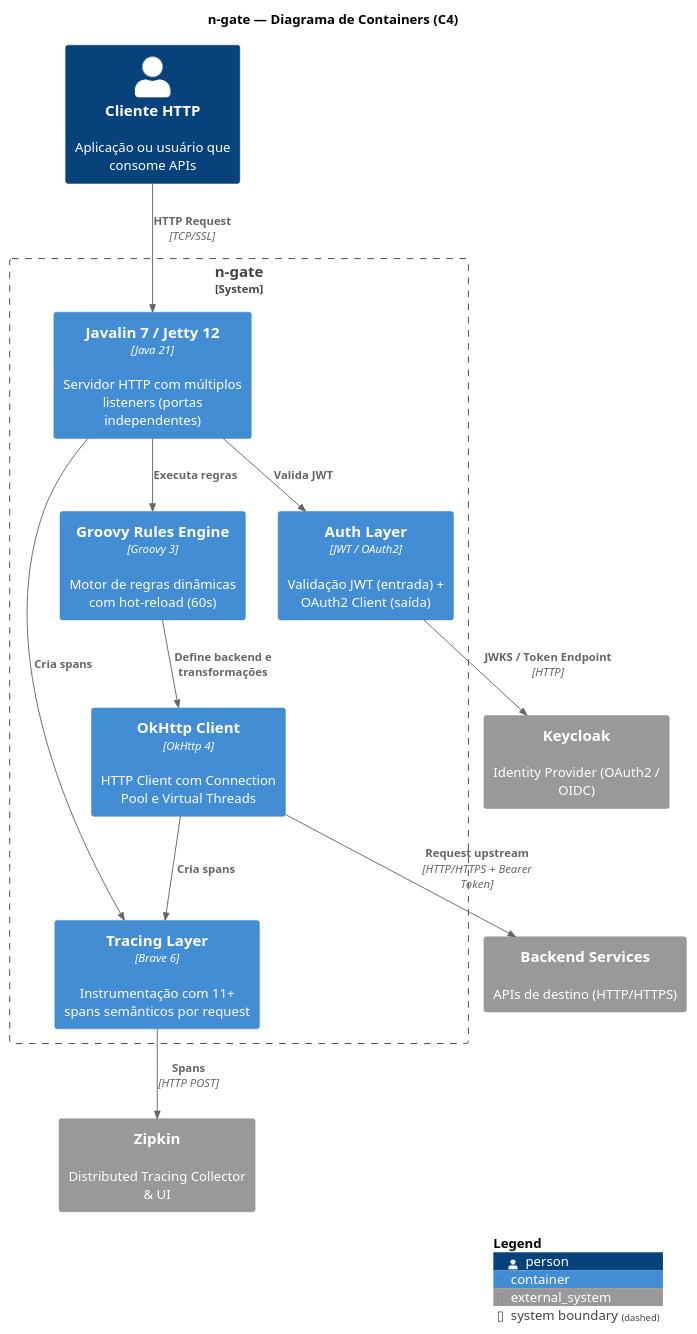
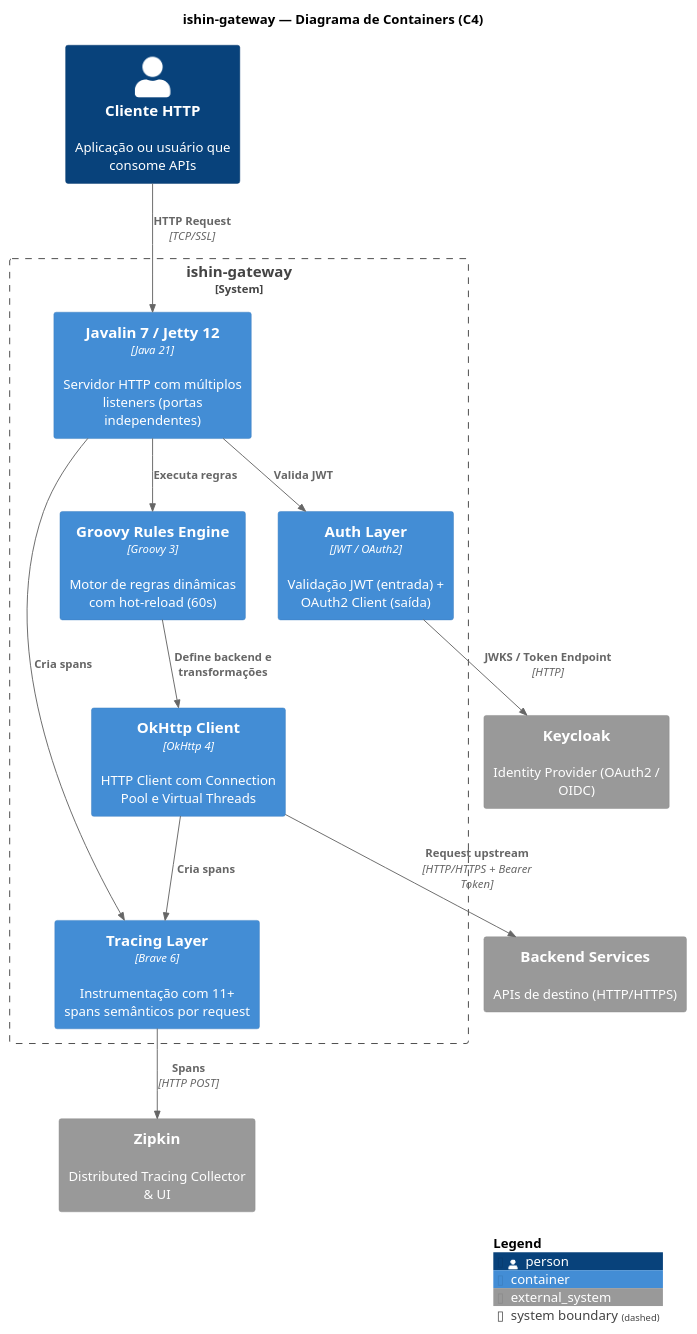
One commit to nishisan-dev/ishin-gateway changed the diagram in docs/diagrams/architecture.puml. Above: the diagram before and after it, drawn with PlantUML. The commit also changed 343 other files, not shown here.

First line of the commit message:
refactor: rename project from n-gate to ishin-gateway

```diff
--- a/docs/diagrams/architecture.puml
+++ b/docs/diagrams/architecture.puml
@@ -1,31 +1,31 @@
 @startuml
 !include https://raw.githubusercontent.com/plantuml-stdlib/C4-PlantUML/master/C4_Container.puml
 
-title n-gate — Diagrama de Containers (C4)
+title ishin-gateway — Diagrama de Containers (C4)
 
 Person(client, "Cliente HTTP", "Aplicação ou usuário que consome APIs")
 
-System_Boundary(ngate_boundary, "n-gate") {
+System_Boundary(ishin_boundary, "ishin-gateway") {
     Container(javalin, "Javalin 7 / Jetty 12", "Java 21", "Servidor HTTP com múltiplos listeners (portas independentes)")
     Container(groovy, "Groovy Rules Engine", "Groovy 3", "Motor de regras dinâmicas com hot-reload (60s)")
     Container(auth, "Auth Layer", "JWT / OAuth2", "Validação JWT (entrada) + OAuth2 Client (saída)")
     Container(okhttp, "OkHttp Client", "OkHttp 4", "HTTP Client com Connection Pool e Virtual Threads")
     Container(tracing, "Tracing Layer", "Brave 6", "Instrumentação com 11+ spans semânticos por request")
 }
 
 System_Ext(backend, "Backend Services", "APIs de destino (HTTP/HTTPS)")
 System_Ext(keycloak, "Keycloak", "Identity Provider (OAuth2 / OIDC)")
 System_Ext(zipkin, "Zipkin", "Distributed Tracing Collector & UI")
 
 Rel(client, javalin, "HTTP Request", "TCP/SSL")
 Rel(javalin, auth, "Valida JWT")
 Rel(javalin, groovy, "Executa regras")
 Rel(groovy, okhttp, "Define backend e transformações")
 Rel(okhttp, backend, "Request upstream", "HTTP/HTTPS + Bearer Token")
 Rel(auth, keycloak, "JWKS / Token Endpoint", "HTTP")
 Rel(tracing, zipkin, "Spans", "HTTP POST")
 Rel(javalin, tracing, "Cria spans")
 Rel(okhttp, tracing, "Cria spans")
 
 SHOW_LEGEND()
 @enduml
```
